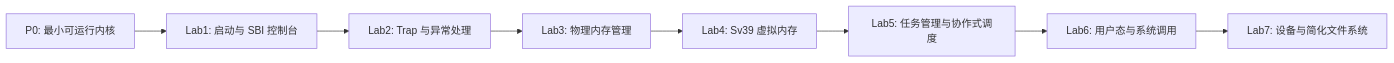
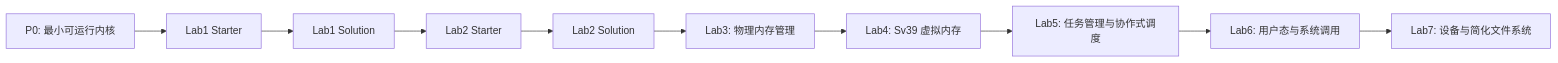
Before and after one commit to yicanzhang776-tech/os: the diagram in docs/labs/README.md, drawn with Mermaid. The commit also changed other lines of this file and 3 other files, not shown here.

````diff
--- a/docs/labs/README.md
+++ b/docs/labs/README.md
@@ -19,10 +31,12 @@
 ```mermaid
 flowchart LR
-    P0["P0: 最小可运行内核"] --> L1["Lab1: 启动与 SBI 控制台"]
-    L1 --> L2["Lab2: Trap 与异常处理"]
-    L2 --> L3["Lab3: 物理内存管理"]
+    P0["P0: 最小可运行内核"] --> L1S["Lab1 Starter"]
+    L1S --> L1A["Lab1 Solution"]
+    L1A --> L2S["Lab2 Starter"]
+    L2S --> L2A["Lab2 Solution"]
+    L2A --> L3["Lab3: 物理内存管理"]
     L3 --> L4["Lab4: Sv39 虚拟内存"]
     L4 --> L5["Lab5: 任务管理与协作式调度"]
     L5 --> L6["Lab6: 用户态与系统调用"]
     L6 --> L7["Lab7: 设备与简化文件系统"]
 ```
````
